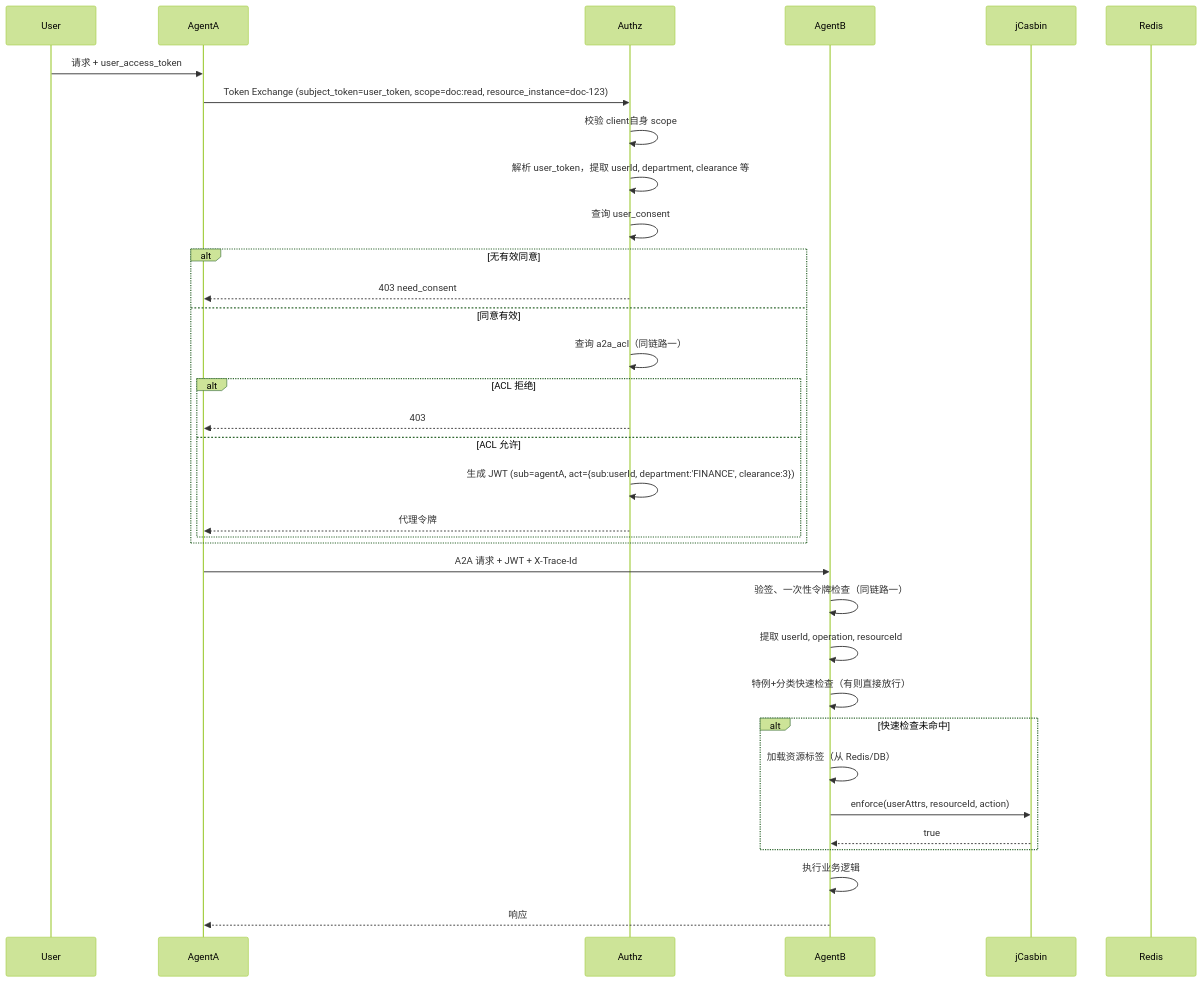
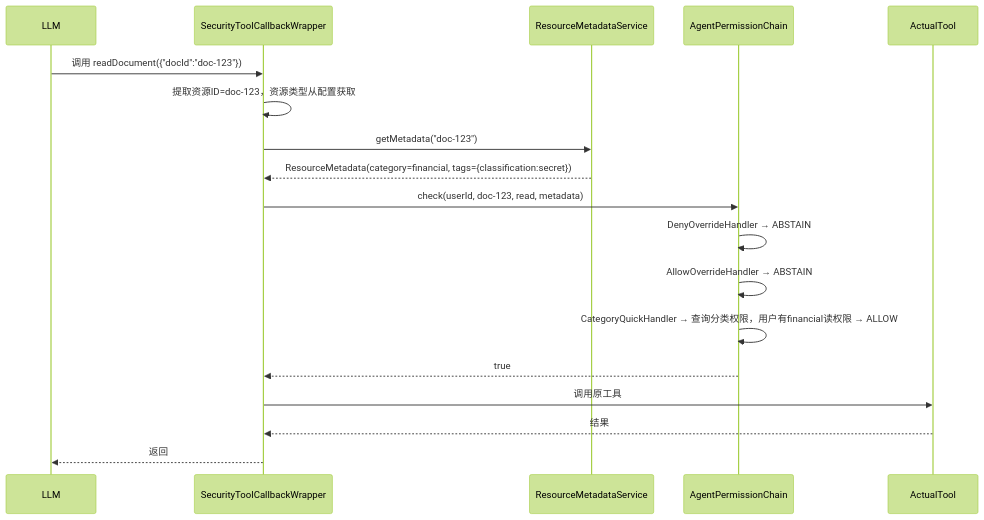
One commit to latcn/developer-knowledge changed the second of 2 diagrams in security/A2A 权限系统架构设计文档.md. Above: the diagram before and after it, drawn with Mermaid (forest theme). The commit also changed other lines of this file, not shown here.

Commit message:
security

````diff
--- a/security/A2A 权限系统架构设计文档.md
+++ b/security/A2A 权限系统架构设计文档.md
@@ -899,37 +467,21 @@
 ```mermaid
 sequenceDiagram
-    participant User
-    participant AgentA
-    participant Authz
-    participant AgentB
-    participant jCasbin
-    participant Redis
+    participant LLM
+    participant ToolWrapper as SecurityToolCallbackWrapper
+    participant MetaService as ResourceMetadataService
+    participant Chain as AgentPermissionChain
+    participant ActualTool
 
-    User->>AgentA: 请求 + user_access_token
-    AgentA->>Authz: Token Exchange (subject_token=user_token, scope=doc:read, resource_instance=doc-123)
-    Authz->>Authz: 校验 client自身 scope
-    Authz->>Authz: 解析 user_token，提取 userId, department, clearance 等
-    Authz->>Authz: 查询 user_consent
-    alt 无有效同意
-        Authz-->>AgentA: 403 need_consent
-    else 同意有效
-        Authz->>Authz: 查询 a2a_acl（同链路一）
-        alt ACL 拒绝
-            Authz-->>AgentA: 403
-        else ACL 允许
-            Authz->>Authz: 生成 JWT (sub=agentA, act={sub:userId, department:'FINANCE', clearance:3})
-            Authz-->>AgentA: 代理令牌
-        end
-    end
-    AgentA->>AgentB: A2A 请求 + JWT + X-Trace-Id
-    AgentB->>AgentB: 验签、一次性令牌检查（同链路一）
-    AgentB->>AgentB: 提取 userId, operation, resourceId
-    AgentB->>AgentB: 特例+分类快速检查（有则直接放行）
-    alt 快速检查未命中
-        AgentB->>AgentB: 加载资源标签（从 Redis/DB）
-        AgentB->>jCasbin: enforce(userAttrs, resourceId, action)
-        jCasbin-->>AgentB: true
-    end
-    AgentB->>AgentB: 执行业务逻辑
-    AgentB-->>AgentA: 响应
+    LLM->>ToolWrapper: 调用 readDocument({"docId":"doc-123"})
+    ToolWrapper->>ToolWrapper: 提取资源ID=doc-123，资源类型从配置获取
+    ToolWrapper->>MetaService: getMetadata("doc-123")
+    MetaService-->>ToolWrapper: ResourceMetadata(category=financial, tags={classification:secret})
+    ToolWrapper->>Chain: check(userId, doc-123, read, metadata)
+    Chain->>Chain: DenyOverrideHandler → ABSTAIN
+    Chain->>Chain: AllowOverrideHandler → ABSTAIN
+    Chain->>Chain: CategoryQuickHandler → 查询分类权限，用户有financial读权限 → ALLOW
+    Chain-->>ToolWrapper: true
+    ToolWrapper->>ActualTool: 调用原工具
+    ActualTool-->>ToolWrapper: 结果
+    ToolWrapper-->>LLM: 返回
 ```
````
